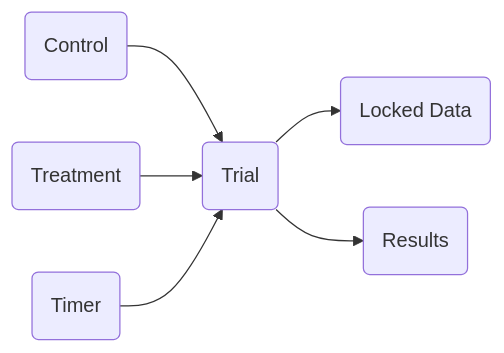
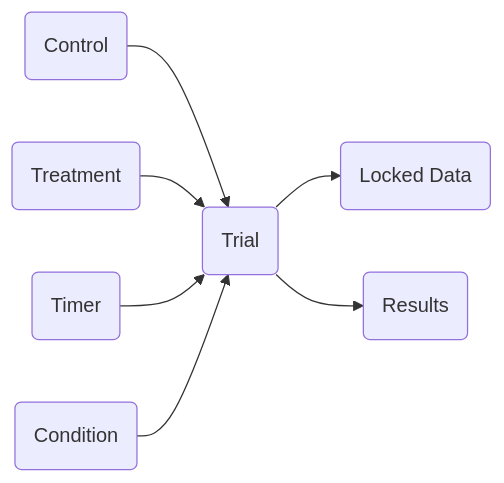
Before and after one commit to Boehringer-Ingelheim/rxsim: the first of 2 diagrams in vignettes/concepts.Rmd, drawn with Mermaid. The commit also changed other lines of this file and 18 other files, not shown here.

````diff
--- a/vignettes/concepts.Rmd
+++ b/vignettes/concepts.Rmd
@@ -46,8 +48,9 @@
 ```{mermaid}
 graph LR
   P1(Control) --> TR(Trial)
   P2(Treatment) --> TR
   TI(Timer) --> TR
+  CO(Condition) --> TR
   TR --> LD(Locked Data)
   TR --> RS(Results)
 ```
````
